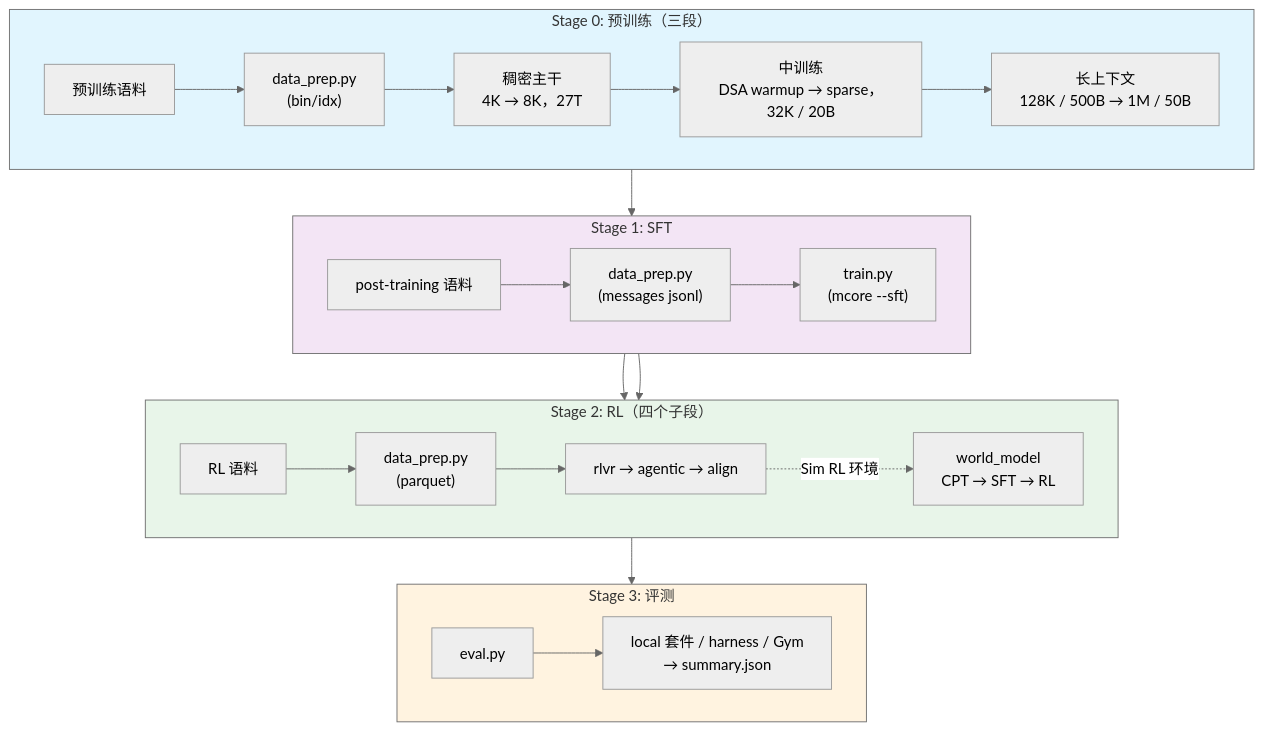
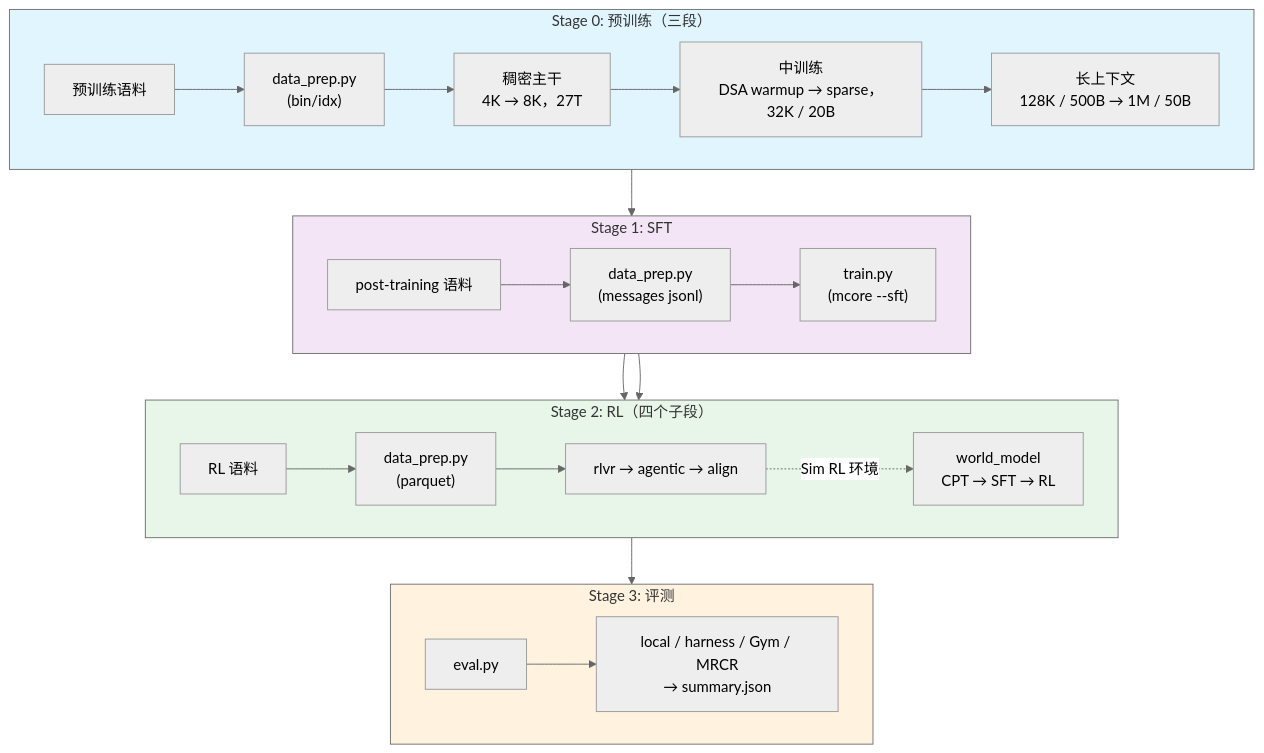
One commit to zongzhilou/shensi changed the first of 2 diagrams in src/shensi/recipes/shensi/README.md. Above: the diagram before and after it, drawn with Mermaid (neutral theme). The commit also changed other lines of this file and 12 other files, not shown here.

````diff
--- a/src/shensi/recipes/shensi/README.md
+++ b/src/shensi/recipes/shensi/README.md
@@ -43,34 +41,34 @@
 ```mermaid
 flowchart TB
     subgraph stage0["Stage 0: 预训练（三段）"]
         direction LR
         raw["预训练语料"] --> dp0["data_prep.py<br/>(bin/idx)"] --> p1["稠密主干<br/>4K → 8K，27T"]
         p1 --> p2["中训练<br/>DSA warmup → sparse，32K / 20B"]
         p2 --> p3["长上下文<br/>128K / 500B → 1M / 50B"]
     end
 
     subgraph stage1["Stage 1: SFT"]
         direction LR
         inst["post-training 语料"] --> dp1["data_prep.py<br/>(messages jsonl)"] --> s1["train.py<br/>(mcore --sft)"]
     end
 
     subgraph stage2["Stage 2: RL（四个子段）"]
         direction LR
         rl["RL 语料"] --> dp2["data_prep.py<br/>(parquet)"] --> r1["rlvr → agentic → align"]
         r1 -.->|"Sim RL 环境"| wm["world_model<br/>CPT → SFT → RL"]
     end
 
     subgraph stage3["Stage 3: 评测"]
         direction LR
-        ev["eval.py"] --> out["local 套件 / harness / Gym<br/>→ summary.json"]
+        ev["eval.py"] --> out["local / harness / Gym / MRCR<br/>→ summary.json"]
     end
 
     p3 --> s1
     s1 --> r1
     s1 --> wm
     r1 --> ev
     style stage0 fill:#e1f5fe
     style stage1 fill:#f3e5f5
     style stage2 fill:#e8f5e9
     style stage3 fill:#fff3e0
 ```
````
